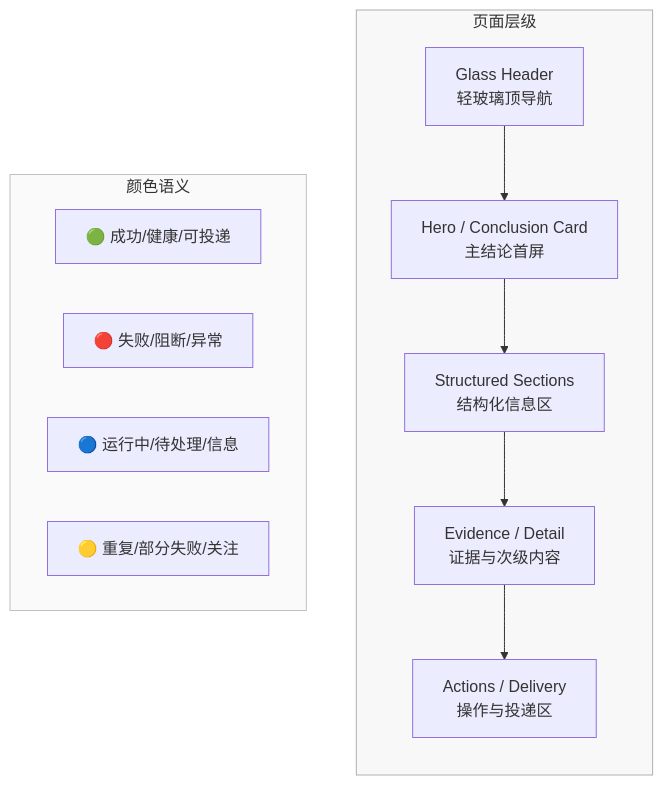
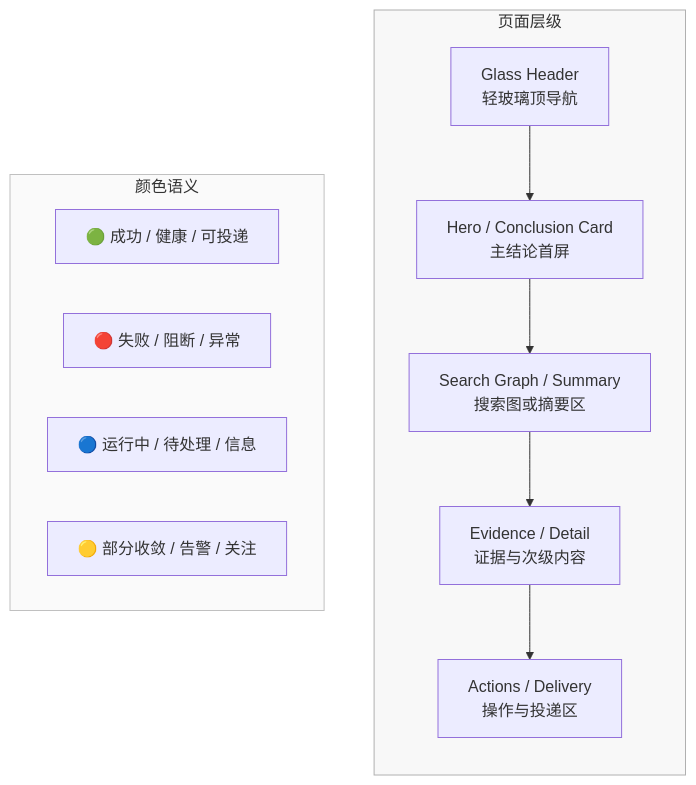
The diagram in docs/13-界面设计/U002-视觉基线与继承策略.md (coeoo/AetherFlow), drawn with Mermaid before and after one commit. The commit also changed other lines of this file and 55 other files, not shown here.

````diff
--- a/docs/13-界面设计/U002-视觉基线与继承策略.md
+++ b/docs/13-界面设计/U002-视觉基线与继承策略.md
@@ -69,27 +71,27 @@
 ```mermaid
 flowchart TD
     subgraph 页面层级
         direction TB
         GL["Glass Header\n轻玻璃顶导航"]
         HC["Hero / Conclusion Card\n主结论首屏"]
-        SS["Structured Sections\n结构化信息区"]
+        SG["Search Graph / Summary\n搜索图或摘要区"]
         EV["Evidence / Detail\n证据与次级内容"]
         ACT["Actions / Delivery\n操作与投递区"]
     end
 
     GL --> HC
-    HC --> SS
-    SS --> EV
+    HC --> SG
+    SG --> EV
     EV --> ACT
 
     subgraph 颜色语义
         direction LR
-        G["🟢 成功/健康/可投递"]
-        R["🔴 失败/阻断/异常"]
-        B["🔵 运行中/待处理/信息"]
-        Y["🟡 重复/部分失败/关注"]
+        G["🟢 成功 / 健康 / 可投递"]
+        R["🔴 失败 / 阻断 / 异常"]
+        B["🔵 运行中 / 待处理 / 信息"]
+        Y["🟡 部分收敛 / 告警 / 关注"]
     end
 
     style 页面层级 fill:#f8f8f8,stroke:#b0b0b0,color:#333
     style 颜色语义 fill:#fafafa,stroke:#c0c0c0,color:#333
 ```
````
